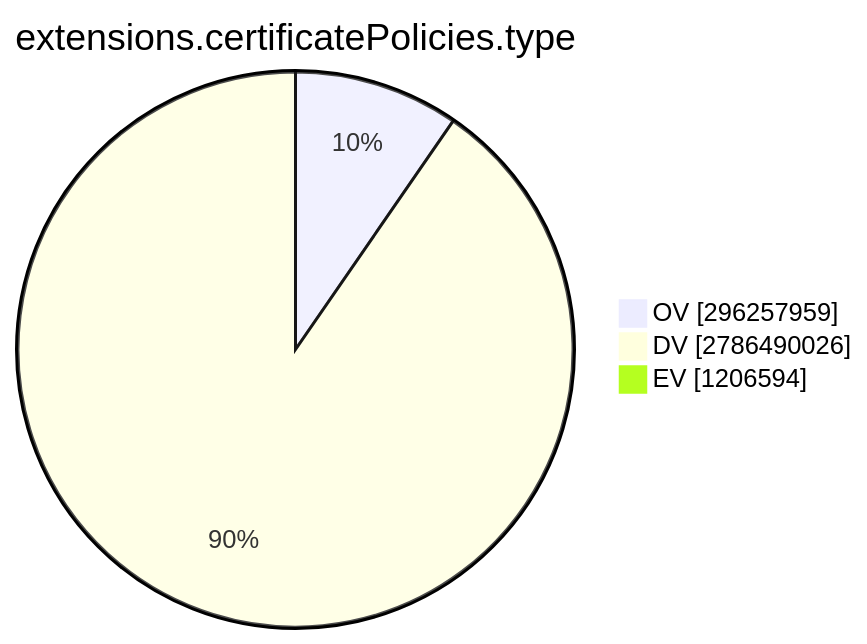
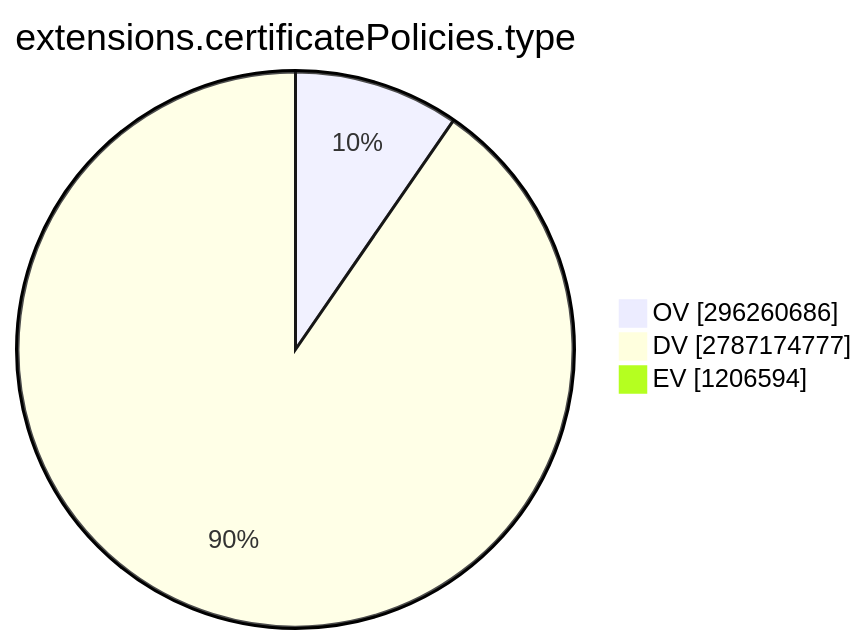
The ninth of 15 diagrams in TOTAL/README.md (christiankrug/ctmonitor_visualization), drawn with Mermaid before and after one commit. The commit also changed other lines of this file, not shown here.

````diff
--- a/TOTAL/README.md
+++ b/TOTAL/README.md
@@ -3099,7 +3099,7 @@
 ```mermaid
 pie showData
 title extensions.certificatePolicies.type
-"OV" :296257959
-"DV" :2786490026
+"OV" :296260686
+"DV" :2787174777
 "EV" :1206594
 ```
````
